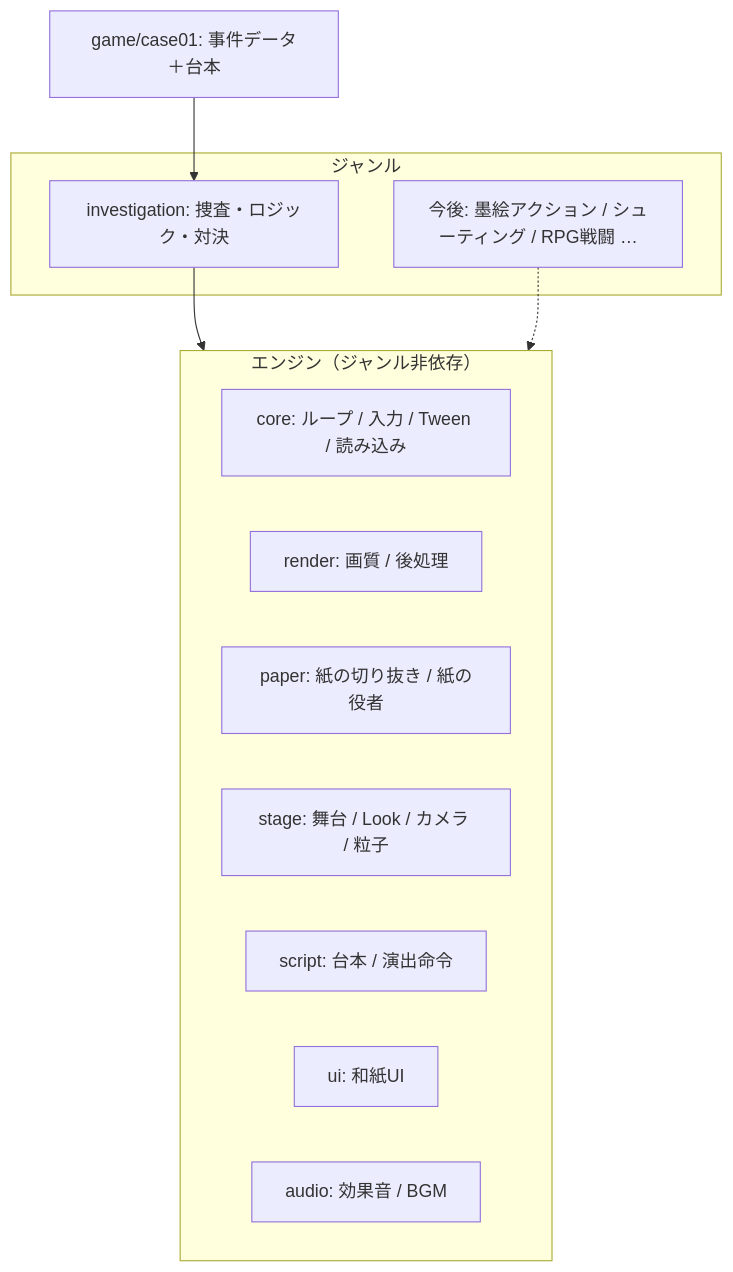
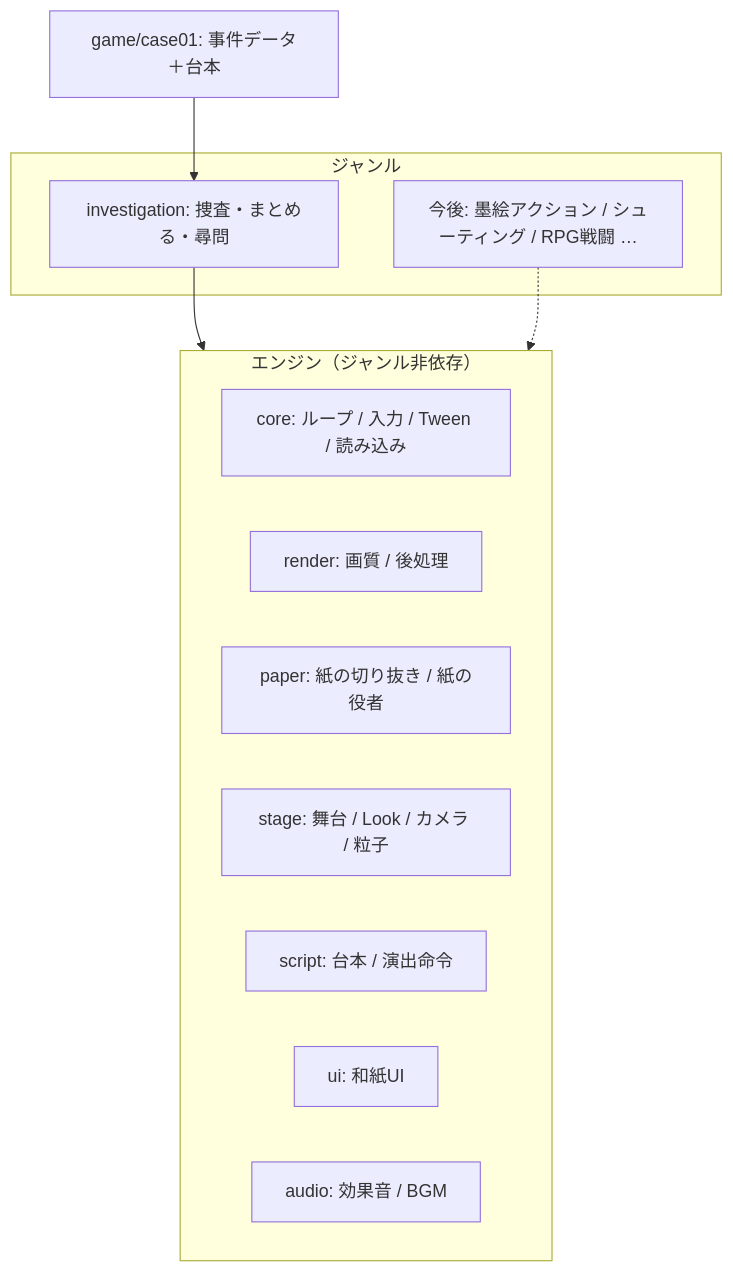
The diagram in docs/ARCHITECTURE.md (yunasayunasa/Six_dragon_gyakuten), drawn with Mermaid before and after one commit. The commit also changed other lines of this file and 47 other files, not shown here.

````diff
--- a/docs/ARCHITECTURE.md
+++ b/docs/ARCHITECTURE.md
@@ -7,19 +7,19 @@
 ```mermaid
 flowchart TB
   subgraph Engine[エンジン（ジャンル非依存）]
     Core[core: ループ / 入力 / Tween / 読み込み]
     Render[render: 画質 / 後処理]
     Paper[paper: 紙の切り抜き / 紙の役者]
     Stage[stage: 舞台 / Look / カメラ / 粒子]
     Script[script: 台本 / 演出命令]
     UI[ui: 和紙UI]
     Audio[audio: 効果音 / BGM]
   end
   subgraph Genres[ジャンル]
-    Inv[investigation: 捜査・ロジック・対決]
+    Inv[investigation: 捜査・まとめる・尋問]
     Next[今後: 墨絵アクション / シューティング / RPG戦闘 …]
   end
   Game[game/case01: 事件データ＋台本] --> Inv
   Inv --> Engine
   Next -.-> Engine
 ```
````
